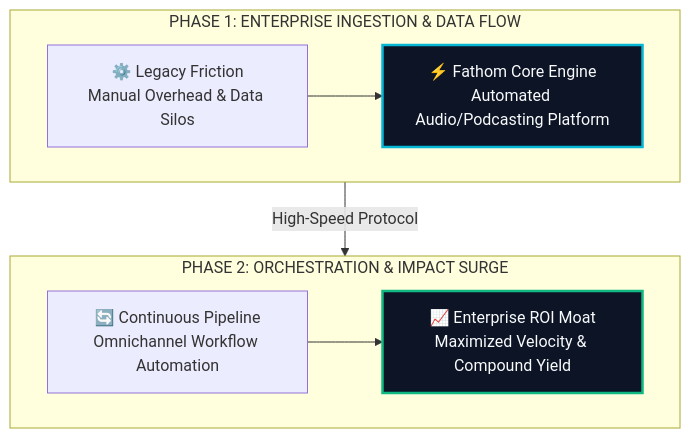
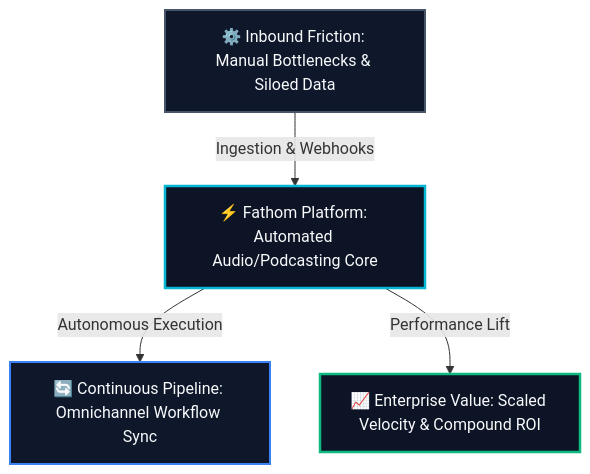
One commit to heliatech-media/saas-radar changed the diagram in site/src/content/blog/fathom-evolution-guide-2026.md. Above: the diagram before and after it, drawn with Mermaid. The commit also changed 93 other files, not shown here.

First line of the commit message:
fix(diagrams): resolve dagre-d3 subgraph collision by migrating to balanced 3-tier Hub & Spoke architecture

````diff
--- a/site/src/content/blog/fathom-evolution-guide-2026.md
+++ b/site/src/content/blog/fathom-evolution-guide-2026.md
@@ -51,14 +51,14 @@
 ```mermaid
 flowchart TD
-    subgraph S1["PHASE 1: ENTERPRISE INGESTION & DATA FLOW"]
-        direction LR
-        A["⚙️ Legacy Friction<br/>Manual Overhead & Data Silos"] --> B["⚡ Fathom Core Engine<br/>Automated Audio/Podcasting Platform"]
-    end
-    subgraph S2["PHASE 2: ORCHESTRATION & IMPACT SURGE"]
-        direction LR
-        C["🔄 Continuous Pipeline<br/>Omnichannel Workflow Automation"] --> D["📈 Enterprise ROI Moat<br/>Maximized Velocity & Compound Yield"]
-    end
-    S1 -->|High-Speed Protocol| S2
-    style B fill:#0c1425,stroke:#06b6d4,stroke-width:2.5px,color:#f8fafc
-    style D fill:#0c1425,stroke:#10b981,stroke-width:2.5px,color:#f8fafc
+    Inp["⚙️ Inbound Friction: Manual Bottlenecks & Siloed Data"]
+    Eng["⚡ Fathom Platform: Automated Audio/Podcasting Core"]
+    Out1["🔄 Continuous Pipeline: Omnichannel Workflow Sync"]
+    Out2["📈 Enterprise Value: Scaled Velocity & Compound ROI"]
+    Inp -->|Ingestion & Webhooks| Eng
+    Eng -->|Autonomous Execution| Out1
+    Eng -->|Performance Lift| Out2
+    style Inp fill:#0f172a,stroke:#475569,stroke-width:2px,color:#f8fafc
+    style Eng fill:#0c1425,stroke:#06b6d4,stroke-width:2.5px,color:#f8fafc
+    style Out1 fill:#0f172a,stroke:#3b82f6,stroke-width:2px,color:#f8fafc
+    style Out2 fill:#0c1425,stroke:#10b981,stroke-width:2.5px,color:#f8fafc
 ```
````
